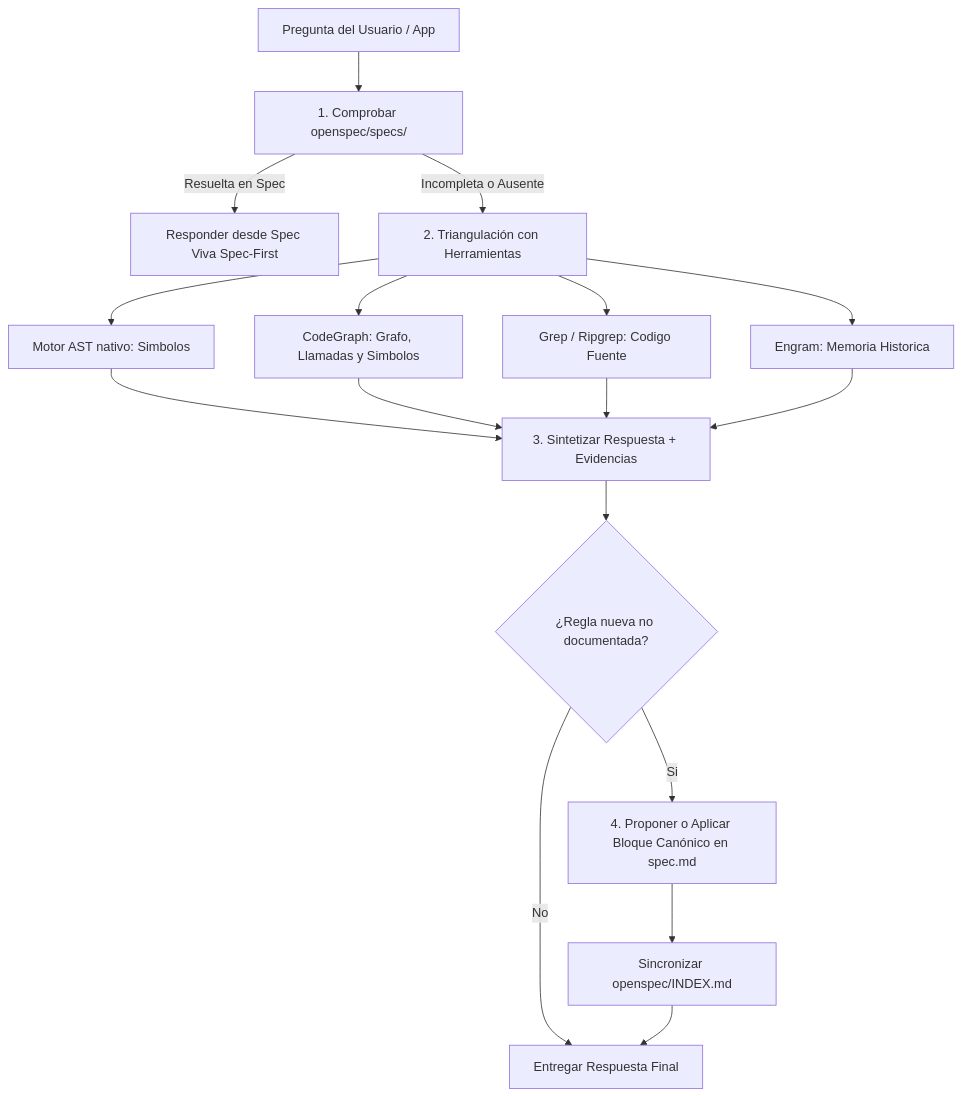
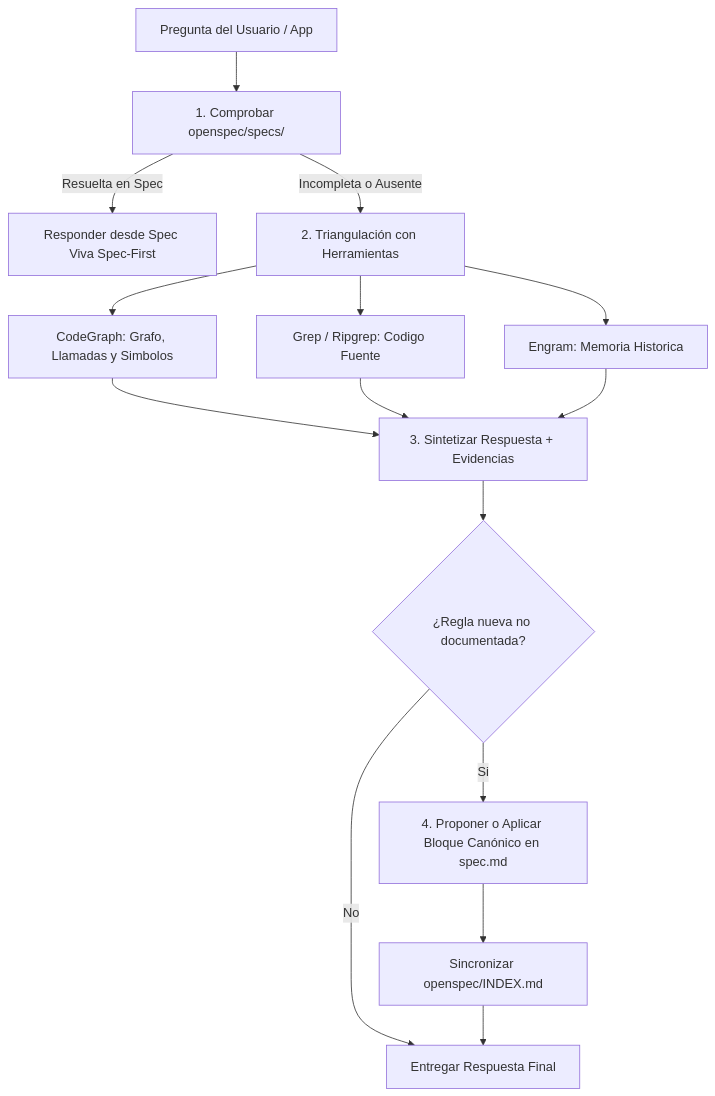
One commit to IGutierrezZ/axiom changed the diagram in skills/knowledge-query/SKILL.md. Above: the diagram before and after it, drawn with Mermaid. The commit also changed other lines of this file and 34 other files, not shown here.

````diff
--- a/skills/knowledge-query/SKILL.md
+++ b/skills/knowledge-query/SKILL.md
@@ -56,16 +55,15 @@
 ```mermaid
 flowchart TD
     A[Pregunta del Usuario / App] --> B[1. Comprobar openspec/specs/]
     B -->|Resuelta en Spec| C[Responder desde Spec Viva Spec-First]
     B -->|Incompleta o Ausente| D[2. Triangulación con Herramientas]
-    D --> E[Motor AST nativo: Simbolos]
     D --> F[CodeGraph: Grafo, Llamadas y Simbolos]
     D --> G[Grep / Ripgrep: Codigo Fuente]
     D --> H[Engram: Memoria Historica]
-    E & F & G & H --> I[3. Sintetizar Respuesta + Evidencias]
+    F & G & H --> I[3. Sintetizar Respuesta + Evidencias]
     I --> J{¿Regla nueva no documentada?}
     J -->|No| K[Entregar Respuesta Final]
     J -->|Si| L[4. Proponer o Aplicar Bloque Canónico en spec.md]
     L --> M[Sincronizar openspec/INDEX.md]
     M --> K
 ```
````
